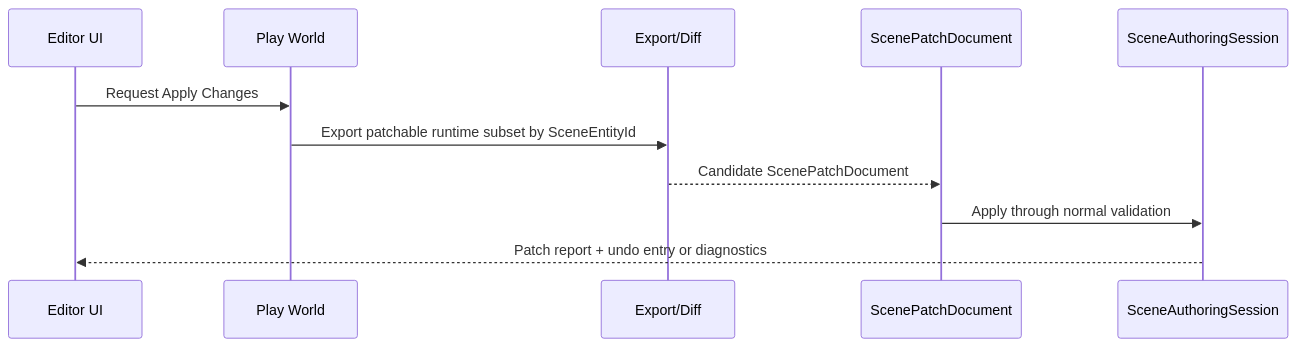
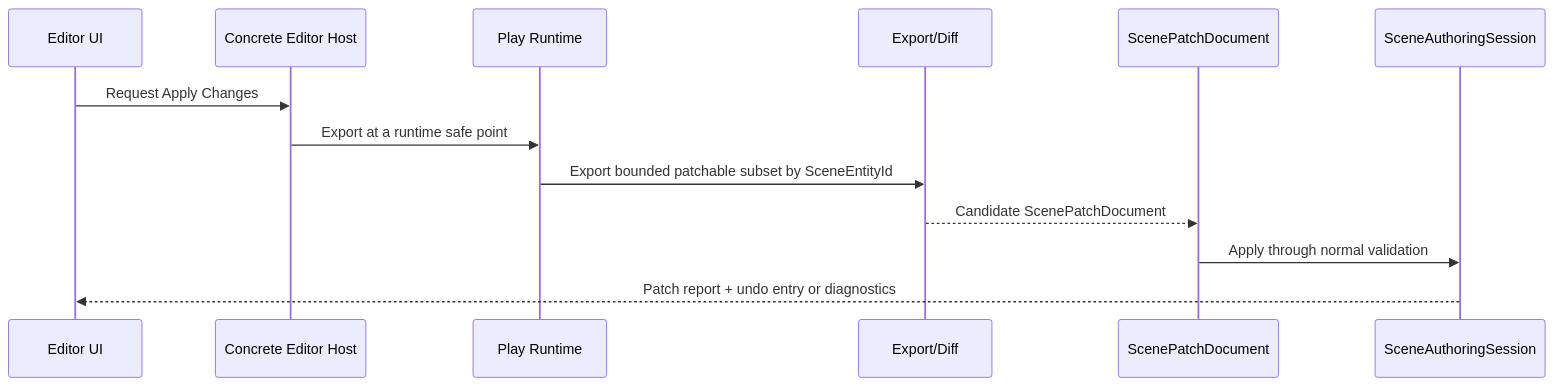
One commit to Latias94/nara changed the fourth of 4 diagrams in docs/architecture/adr/0034-editor-play-mode-world-boundary.md. Above: the diagram before and after it, drawn with Mermaid. The commit also changed other lines of this file and 15 other files, not shown here.

First line of the commit message:
docs(architecture): tighten runtime and authoring interfaces

````diff
--- a/docs/architecture/adr/0034-editor-play-mode-world-boundary.md
+++ b/docs/architecture/adr/0034-editor-play-mode-world-boundary.md
@@ -154,14 +192,16 @@
 ```mermaid
 sequenceDiagram
     participant UI as Editor UI
-    participant Play as Play World
+    participant Host as Concrete Editor Host
+    participant Play as Play Runtime
     participant Export as Export/Diff
     participant Patch as ScenePatchDocument
     participant Session as SceneAuthoringSession
 
-    UI->>Play: Request Apply Changes
-    Play->>Export: Export patchable runtime subset by SceneEntityId
+    UI->>Host: Request Apply Changes
+    Host->>Play: Export at a runtime safe point
+    Play->>Export: Export bounded patchable subset by SceneEntityId
     Export-->>Patch: Candidate ScenePatchDocument
     Patch->>Session: Apply through normal validation
     Session-->>UI: Patch report + undo entry or diagnostics
 ```
````
